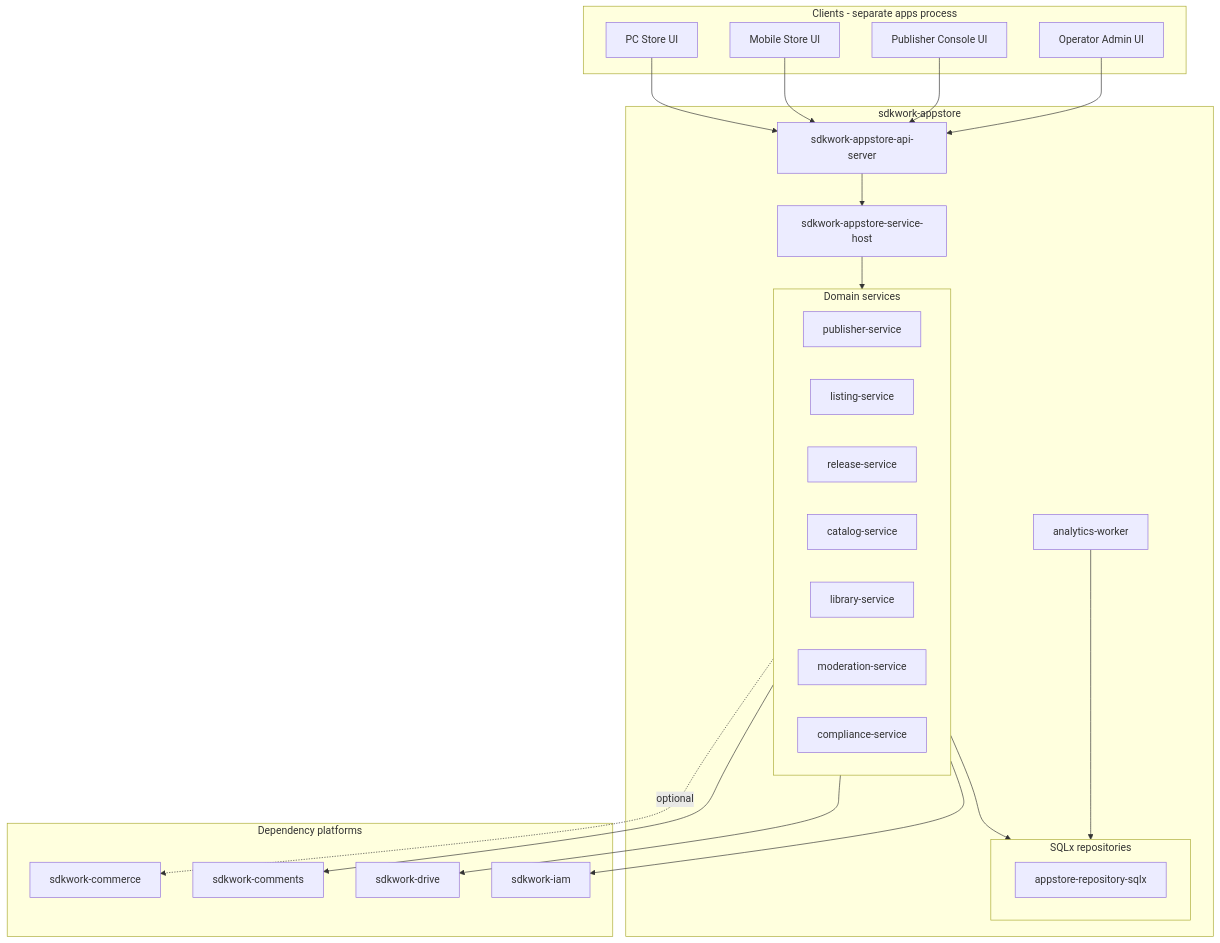
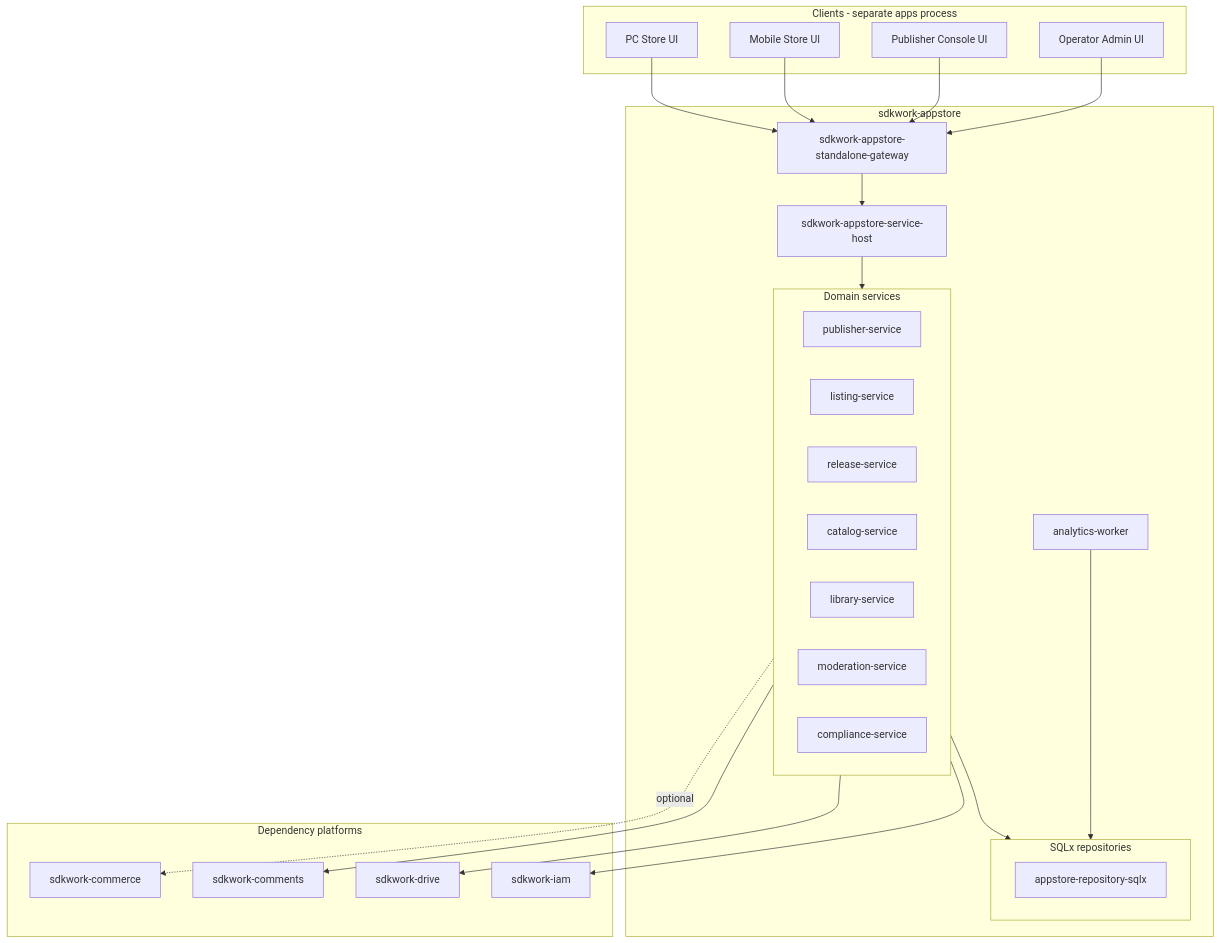
One commit to Sdkwork-Cloud/sdkwork-appstore changed the diagram in docs/architecture/decisions/ADR-20260612-appstore-foundation.md. Above: the diagram before and after it, drawn with Mermaid. The commit also changed 38 other files, not shown here.

````diff
--- a/docs/architecture/decisions/ADR-20260612-appstore-foundation.md
+++ b/docs/architecture/decisions/ADR-20260612-appstore-foundation.md
@@ -48,47 +48,47 @@
 ```mermaid
 flowchart TB
   subgraph clients [Clients - separate apps process]
     PC[PC Store UI]
     Mobile[Mobile Store UI]
     Console[Publisher Console UI]
     Admin[Operator Admin UI]
   end
 
   subgraph appstore [sdkwork-appstore]
-    GW[sdkwork-appstore-api-server]
+    GW[sdkwork-appstore-standalone-gateway]
     SH[sdkwork-appstore-service-host]
     subgraph services [Domain services]
       PS[publisher-service]
       LS[listing-service]
       RS[release-service]
       CS[catalog-service]
       LIB[library-service]
       MS[moderation-service]
       CPS[compliance-service]
     end
     subgraph repos [SQLx repositories]
       R1[appstore-repository-sqlx]
     end
     AW[analytics-worker]
   end
 
   subgraph deps [Dependency platforms]
     IAM[sdkwork-iam]
     DRV[sdkwork-drive]
     CMT[sdkwork-comments]
     CMRC[sdkwork-commerce]
   end
 
   PC --> GW
   Mobile --> GW
   Console --> GW
   Admin --> GW
   GW --> SH
   SH --> services
   services --> repos
   AW --> repos
   services --> IAM
   services --> DRV
   services --> CMT
   services -. optional .-> CMRC
 ```
````
